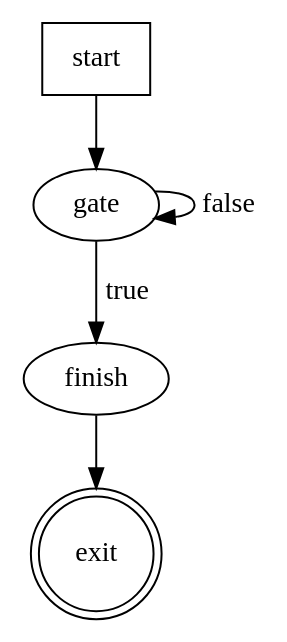
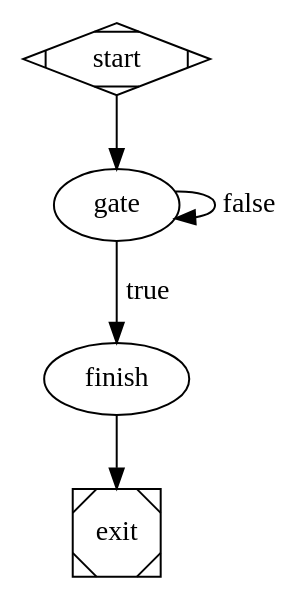
The diagram in examples/goal-gates.dot (jaytaylor/attractor-tcl), drawn with Graphviz before and after one commit. The commit also changed 11 other files, not shown here.

```diff
--- a/examples/goal-gates.dot
+++ b/examples/goal-gates.dot
@@ -1,10 +1,10 @@
 digraph goalgates {
-  start [shape=start];
-  gate [handler=conditional, condition="goal == done"];
+  start [shape=Mdiamond];
+  gate [handler=conditional, condition="goal=done"];
   finish [handler=codergen, prompt="goal complete"];
-  exit [shape=doublecircle];
+  exit [shape=Msquare];
   start -> gate;
   gate -> finish [label=true, weight=2];
   gate -> gate [label=false, weight=1];
   finish -> exit;
 }
```
